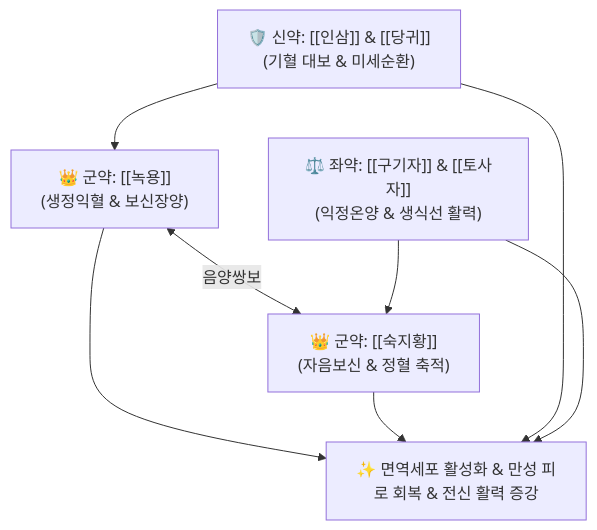
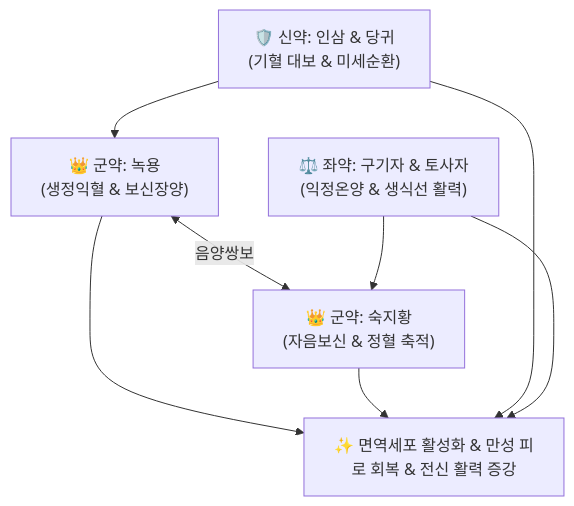
Before and after one commit to simbio11/simbio-digital-garden2: the diagram in content/2. 약리 공부/처방/02_보익제/한보환.md, drawn with Mermaid. The commit also changed other lines of this file and 323 other files, not shown here.

````diff
--- a/content/2. 약리 공부/처방/02_보익제/한보환.md
+++ b/content/2. 약리 공부/처방/02_보익제/한보환.md
@@ -46,7 +48,7 @@
 ```mermaid
 graph TD
-    NY["👑 군약: [[녹용]]<br>(생정익혈 & 보신장양)"] <-->|음양쌍보| SJH["👑 군약: [[숙지황]]<br>(자음보신 & 정혈 축적)"]
-    IS["🛡️ 신약: [[인삼]] & [[당귀]]<br>(기혈 대보 & 미세순환)"] --> NY
-    GJ["⚖️ 좌약: [[구기자]] & [[토사자]]<br>(익정온양 & 생식선 활력)"] --> SJH
+    NY["👑 군약: 녹용<br>(생정익혈 & 보신장양)"] <-->|음양쌍보| SJH["👑 군약: 숙지황<br>(자음보신 & 정혈 축적)"]
+    IS["🛡️ 신약: 인삼 & 당귀<br>(기혈 대보 & 미세순환)"] --> NY
+    GJ["⚖️ 좌약: 구기자 & 토사자<br>(익정온양 & 생식선 활력)"] --> SJH
     NY & SJH & IS & GJ --> Target["✨ 면역세포 활성화 & 만성 피로 회복 & 전신 활력 증강"]
 ```
````
